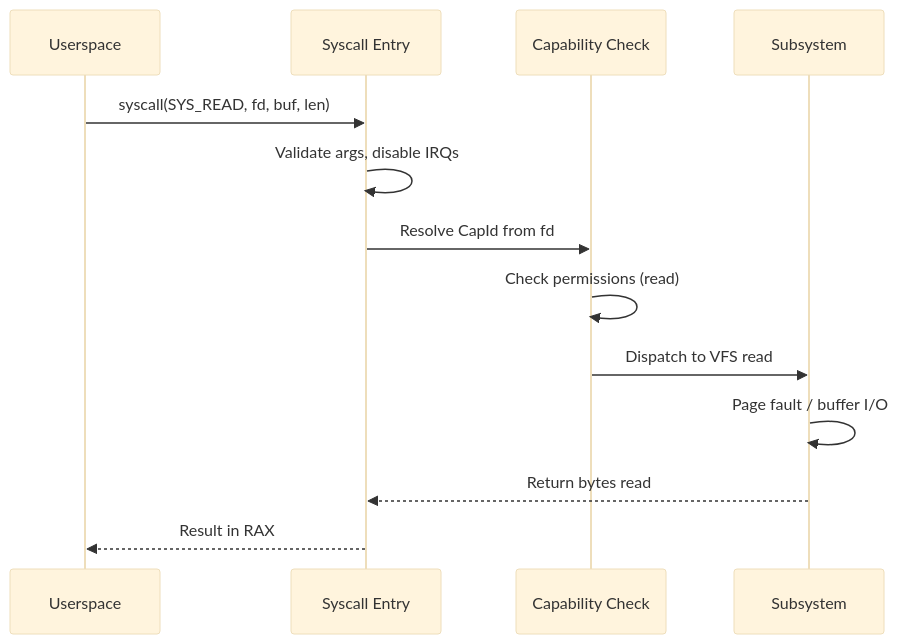
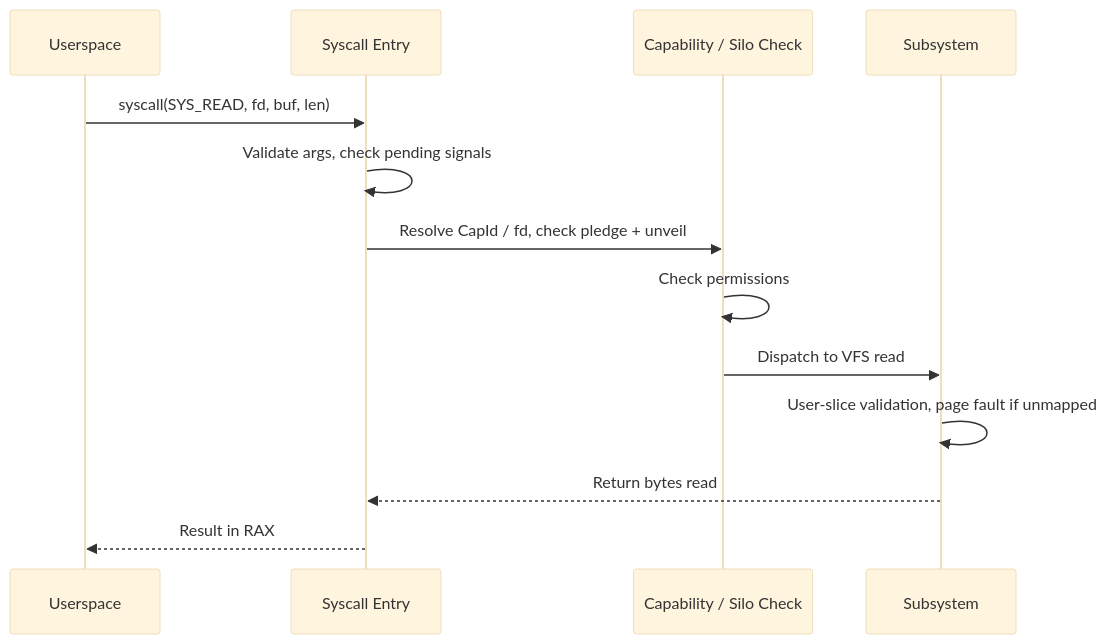
One commit to ggielly/strat9-os changed the second of 2 diagrams in docs-site/src/architecture.md. Above: the diagram before and after it, drawn with Mermaid (base theme). The commit also changed other lines of this file and 70 other files, not shown here.

````diff
--- a/docs-site/src/architecture.md
+++ b/docs-site/src/architecture.md
@@ -85,16 +94,16 @@
 ```mermaid
 sequenceDiagram
     participant U as Userspace
     participant K as Syscall Entry
-    participant C as Capability Check
+    participant C as Capability / Silo Check
     participant S as Subsystem
 
     U->>K: syscall(SYS_READ, fd, buf, len)
-    K->>K: Validate args, disable IRQs
-    K->>C: Resolve CapId from fd
-    C->>C: Check permissions (read)
+    K->>K: Validate args, check pending signals
+    K->>C: Resolve CapId / fd, check pledge + unveil
+    C->>C: Check permissions
     C->>S: Dispatch to VFS read
-    S->>S: Page fault / buffer I/O
+    S->>S: User-slice validation, page fault if unmapped
     S-->>K: Return bytes read
     K-->>U: Result in RAX
 ```
````
